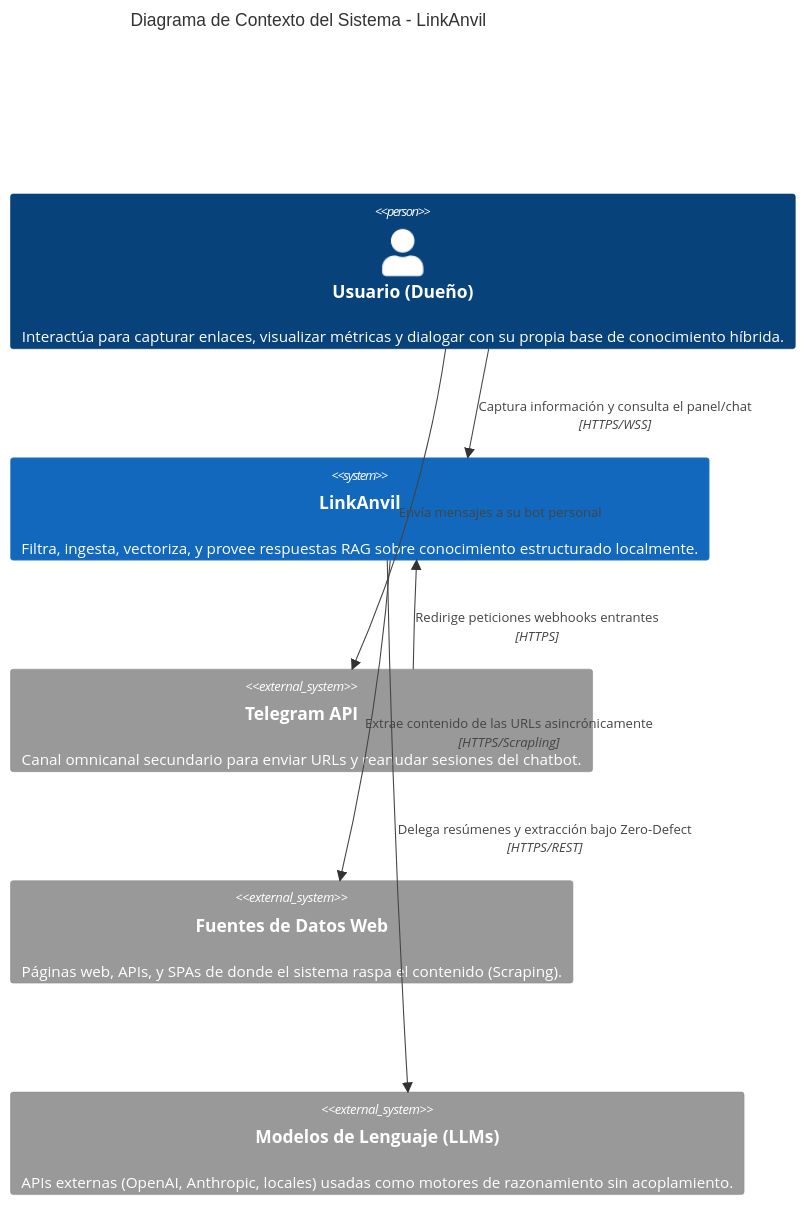
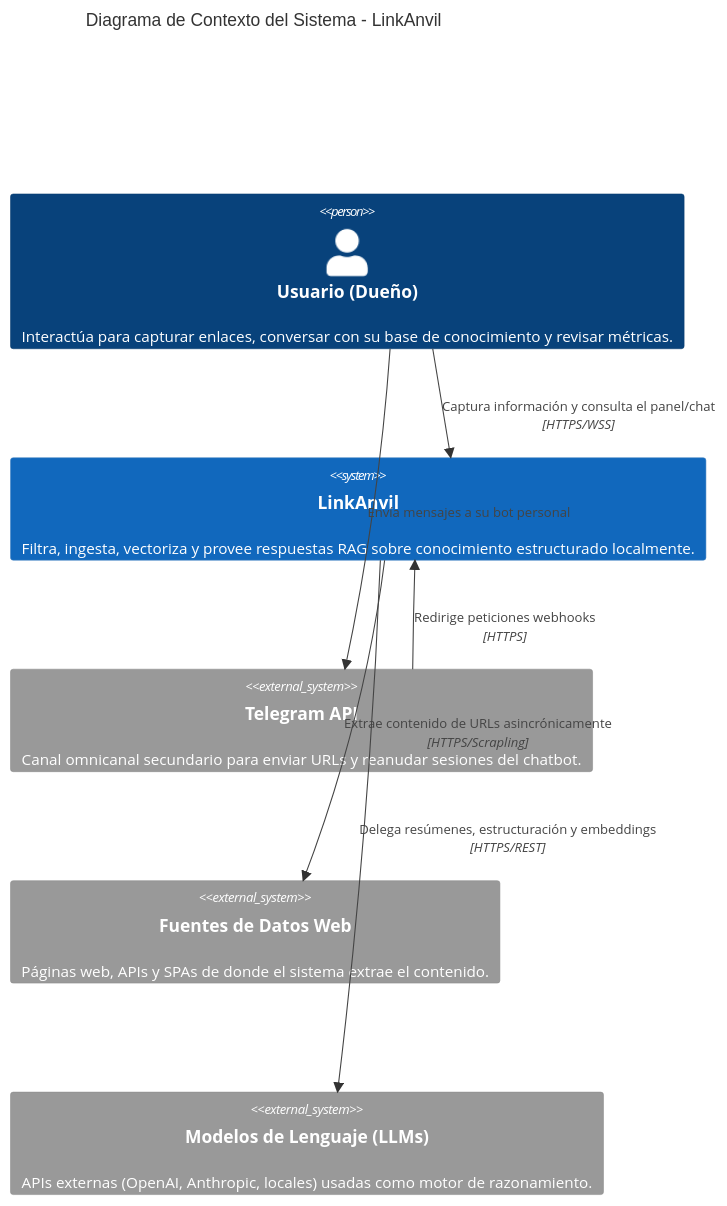
One commit to sylfG/linkanvil changed the first of 6 diagrams in docs/src/3_c4_diagrams.md. Above: the diagram before and after it, drawn with Mermaid. The commit also changed other lines of this file and 6 other files, not shown here.

````diff
--- a/docs/src/3_c4_diagrams.md
+++ b/docs/src/3_c4_diagrams.md
@@ -11,18 +11,18 @@
 ```mermaid
 C4Context
     title Diagrama de Contexto del Sistema - LinkAnvil
-    
-    Person(usuario, "Usuario (Dueño)", "Interactúa para capturar enlaces, visualizar métricas y dialogar con su propia base de conocimiento híbrida.")
-    
-    System(cerebro, "LinkAnvil", "Filtra, ingesta, vectoriza, y provee respuestas RAG sobre conocimiento estructurado localmente.")
-    
+
+    Person(usuario, "Usuario (Dueño)", "Interactúa para capturar enlaces, conversar con su base de conocimiento y revisar métricas.")
+
+    System(cerebro, "LinkAnvil", "Filtra, ingesta, vectoriza y provee respuestas RAG sobre conocimiento estructurado localmente.")
+
     System_Ext(telegram, "Telegram API", "Canal omnicanal secundario para enviar URLs y reanudar sesiones del chatbot.")
-    System_Ext(fuentes, "Fuentes de Datos Web", "Páginas web, APIs, y SPAs de donde el sistema raspa el contenido (Scraping).")
-    System_Ext(llms, "Modelos de Lenguaje (LLMs)", "APIs externas (OpenAI, Anthropic, locales) usadas como motores de razonamiento sin acoplamiento.")
-    
+    System_Ext(fuentes, "Fuentes de Datos Web", "Páginas web, APIs y SPAs de donde el sistema extrae el contenido.")
+    System_Ext(llms, "Modelos de Lenguaje (LLMs)", "APIs externas (OpenAI, Anthropic, locales) usadas como motor de razonamiento.")
+
     Rel(usuario, cerebro, "Captura información y consulta el panel/chat", "HTTPS/WSS")
     Rel(usuario, telegram, "Envía mensajes a su bot personal")
-    Rel(telegram, cerebro, "Redirige peticiones webhooks entrantes", "HTTPS")
-    Rel(cerebro, fuentes, "Extrae contenido de las URLs asincrónicamente", "HTTPS/Scrapling")
-    Rel(cerebro, llms, "Delega resúmenes y extracción bajo Zero-Defect", "HTTPS/REST")
+    Rel(telegram, cerebro, "Redirige peticiones webhooks", "HTTPS")
+    Rel(cerebro, fuentes, "Extrae contenido de URLs asincrónicamente", "HTTPS/Scrapling")
+    Rel(cerebro, llms, "Delega resúmenes, estructuración y embeddings", "HTTPS/REST")
 ```
````
